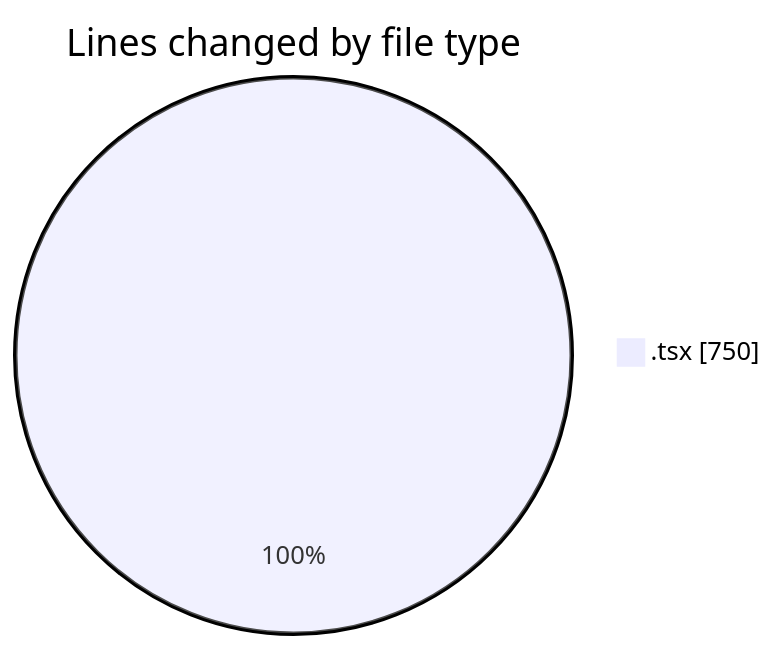
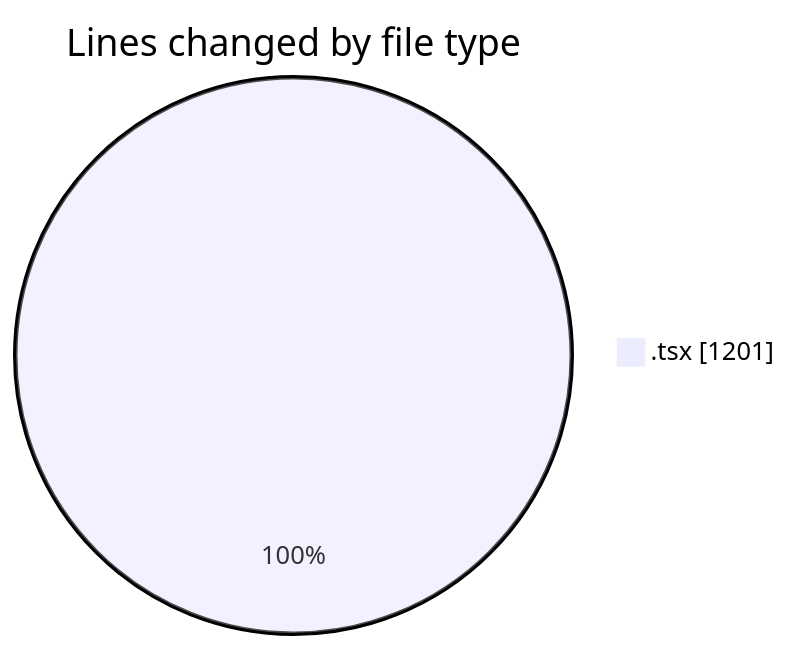
One commit to lephambinh05/code-tracking changed the first of 2 diagrams in 2025-08-21/napxuvn/README.md. Above: the diagram before and after it, drawn with Mermaid. The commit also changed other lines of this file and 1 other file, not shown here.

````diff
--- a/2025-08-21/napxuvn/README.md
+++ b/2025-08-21/napxuvn/README.md
@@ -23,5 +24,5 @@
 ```mermaid
 pie showData
 title Lines changed by file type
-".tsx" : 750
+".tsx" : 1201
 ```
````
